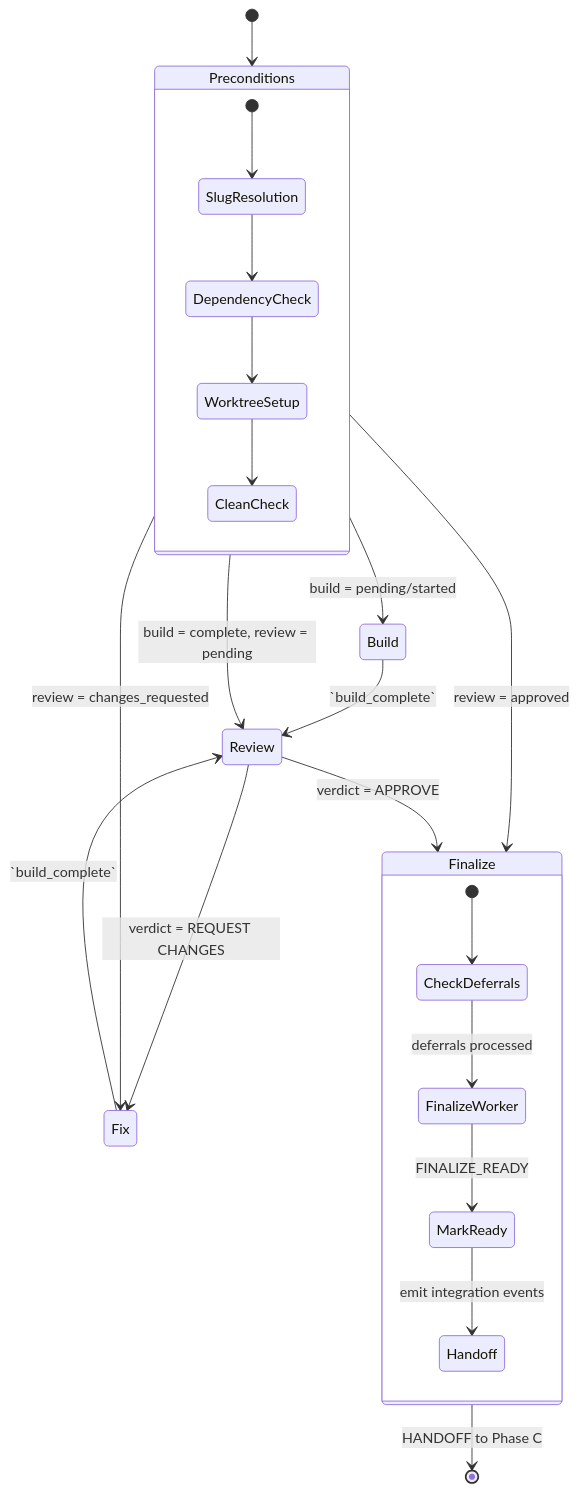
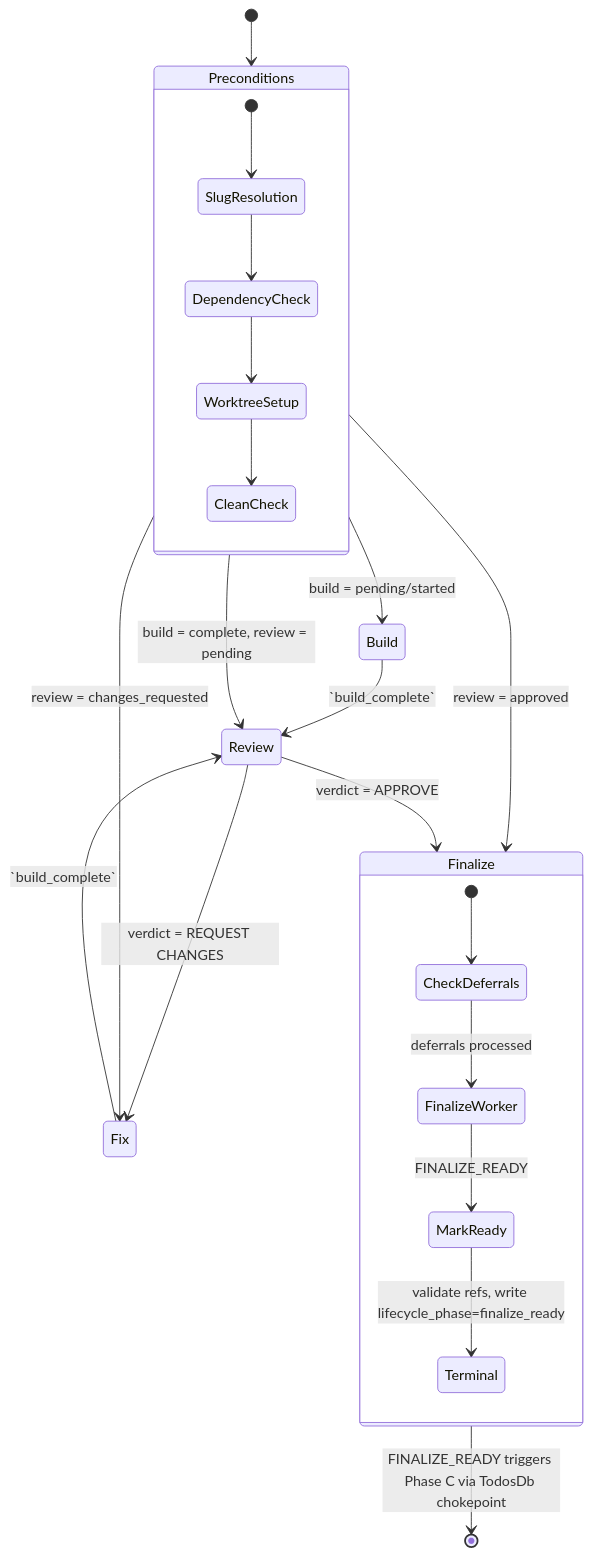
One commit to InstruktAI/TeleClaude changed the first of 5 diagrams in docs/project/design/architecture/work-state-machine.md. Above: the diagram before and after it, drawn with Mermaid. The commit also changed other lines of this file and 38 other files, not shown here.

````diff
--- a/docs/project/design/architecture/work-state-machine.md
+++ b/docs/project/design/architecture/work-state-machine.md
@@ -104,30 +107,30 @@
 ```mermaid
 stateDiagram-v2
     [*] --> Preconditions
 
     state Preconditions {
         [*] --> SlugResolution
         SlugResolution --> DependencyCheck
         DependencyCheck --> WorktreeSetup
         WorktreeSetup --> CleanCheck
     }
 
     Preconditions --> Build: build = pending/started
     Preconditions --> Review: build = complete, review = pending
     Preconditions --> Fix: review = changes_requested
     Preconditions --> Finalize: review = approved
 
     Build --> Review: `build_complete`
     Review --> Fix: verdict = REQUEST CHANGES
     Review --> Finalize: verdict = APPROVE
     Fix --> Review: `build_complete`
 
     state Finalize {
         [*] --> CheckDeferrals
         CheckDeferrals --> FinalizeWorker: deferrals processed
         FinalizeWorker --> MarkReady: FINALIZE_READY
-        MarkReady --> Handoff: emit integration events
+        MarkReady --> Terminal: validate refs, write lifecycle_phase=finalize_ready
     }
 
-    Finalize --> [*]: HANDOFF to Phase C
+    Finalize --> [*]: FINALIZE_READY triggers Phase C via TodosDb chokepoint
 ```
````
